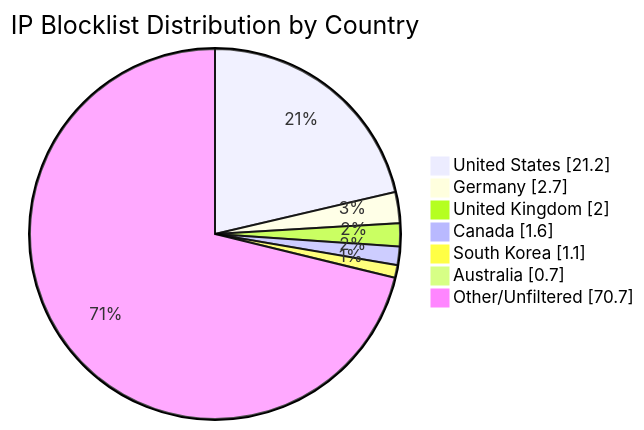
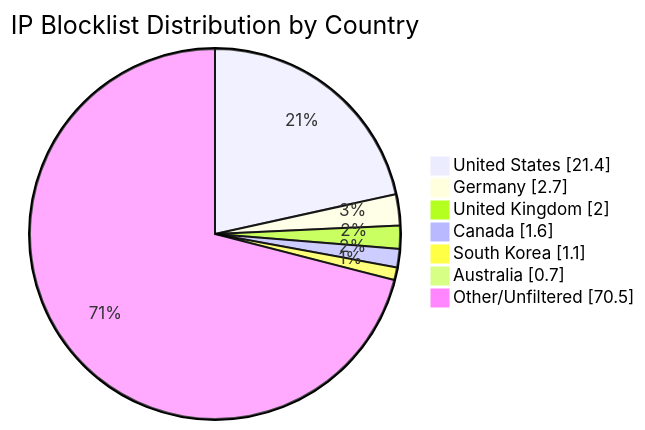
The diagram in README.md (MarcusHoltz/ipblocklist-geofiltered-aggregator), drawn with Mermaid before and after one commit. The commit also changed other lines of this file and 9 other files, not shown here.

````diff
--- a/README.md
+++ b/README.md
@@ -34,10 +34,10 @@
 ```mermaid
 pie showData title IP Blocklist Distribution by Country
-"United States" : 21.2
+"United States" : 21.4
 "Germany" : 2.7
 "United Kingdom" : 2.0
 "Canada" : 1.6
 "South Korea" : 1.1
 "Australia" : 0.7
-"Other/Unfiltered" : 70.7
+"Other/Unfiltered" : 70.5
 ```
````
